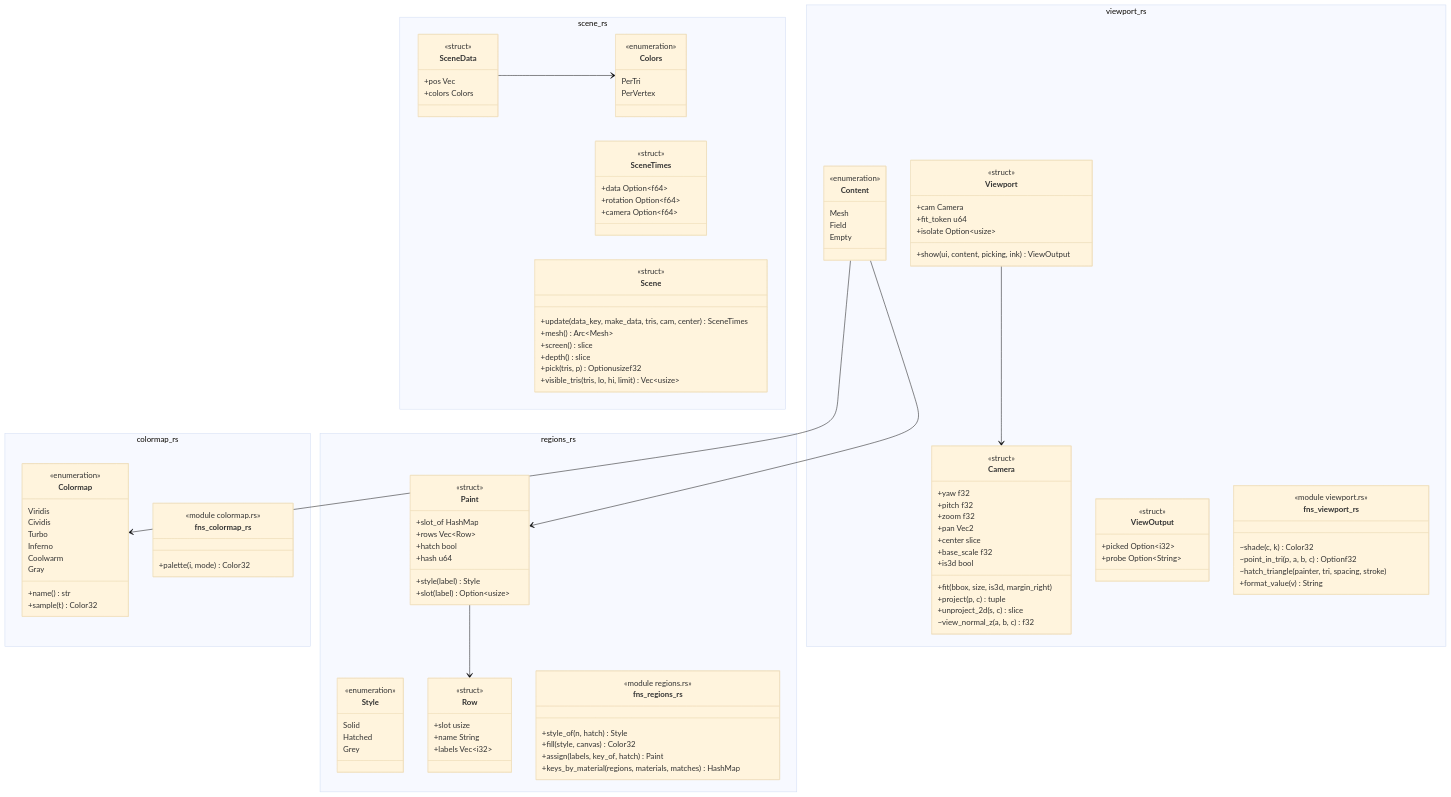
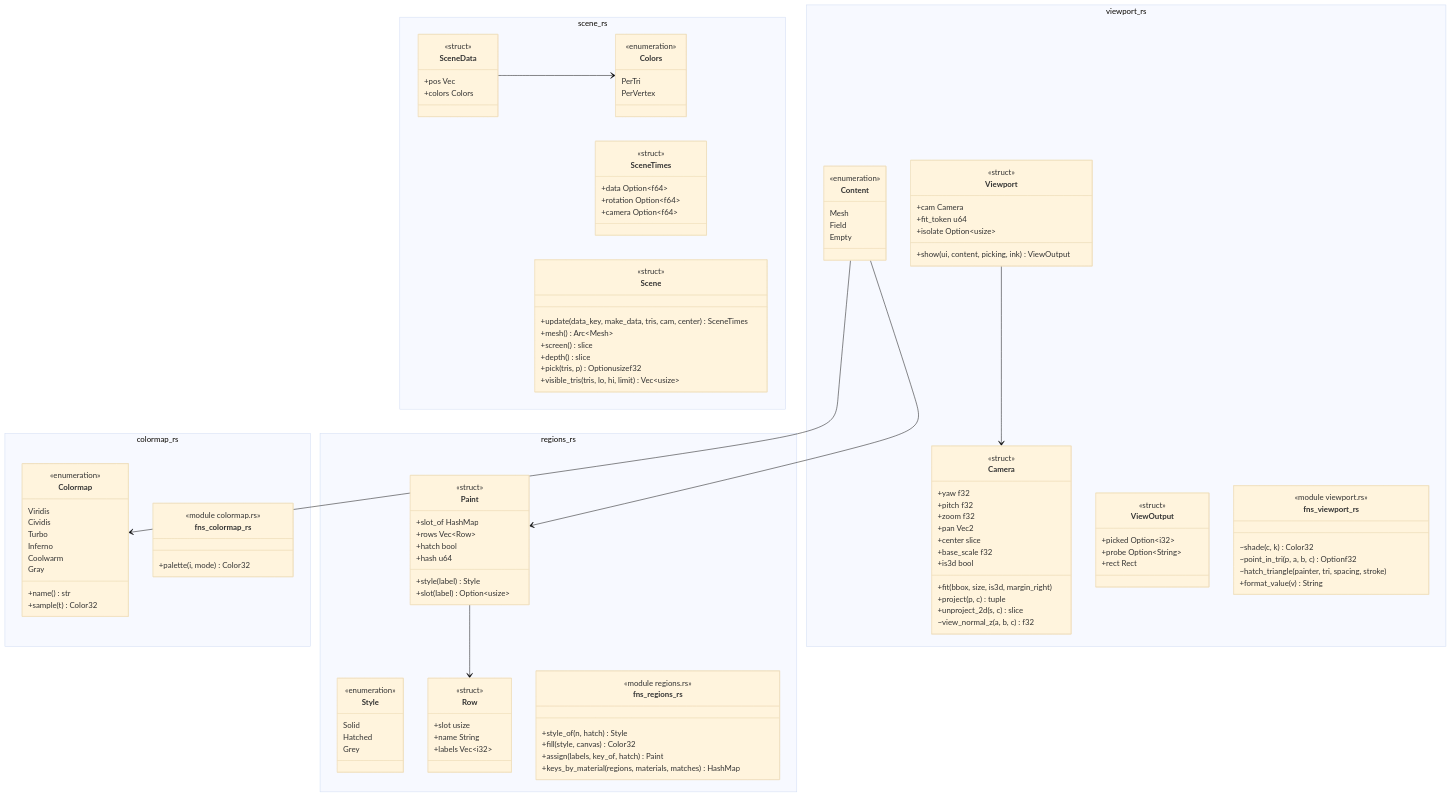
One commit to p-j-r/nyx changed the diagram in docs/architecture/c4/4-code/app/viewport.md. Above: the diagram before and after it, drawn with Mermaid (base theme). The commit also changed other lines of this file and 55 other files, not shown here.

```diff
--- a/docs/architecture/c4/4-code/app/viewport.md
+++ b/docs/architecture/c4/4-code/app/viewport.md
@@ -135,6 +135,7 @@
         <<struct>>
         +picked Option~i32~
         +probe Option~String~
+        +rect Rect
     }
     class Viewport {
         <<struct>>
```
